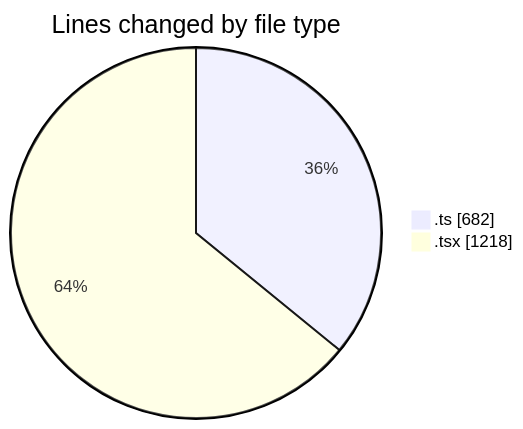
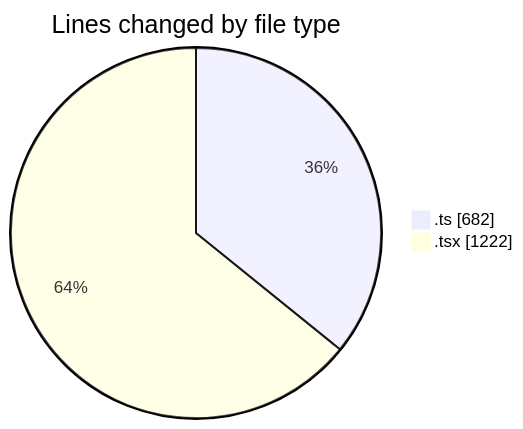
The first of 2 diagrams in 2026-03-23/nxtqube_webapp/README.md (nxtqubesakshisongat/code-tracking), drawn with Mermaid before and after one commit. The commit also changed other lines of this file and 1 other file, not shown here.

````diff
--- a/2026-03-23/nxtqube_webapp/README.md
+++ b/2026-03-23/nxtqube_webapp/README.md
@@ -23,6 +23,6 @@
 ```mermaid
 pie showData
 title Lines changed by file type
 ".ts" : 682
-".tsx" : 1218
+".tsx" : 1222
 ```
````
